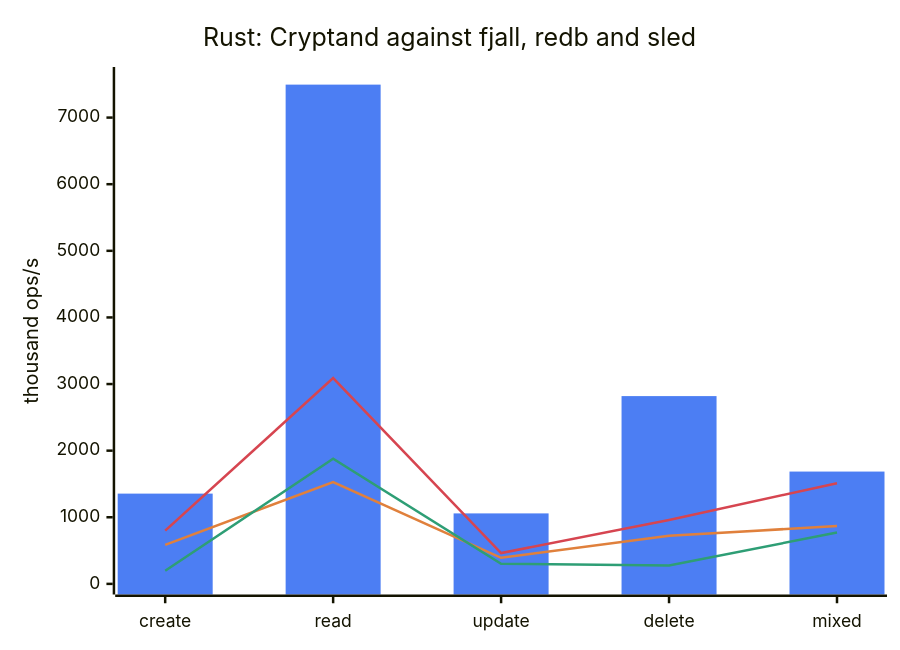
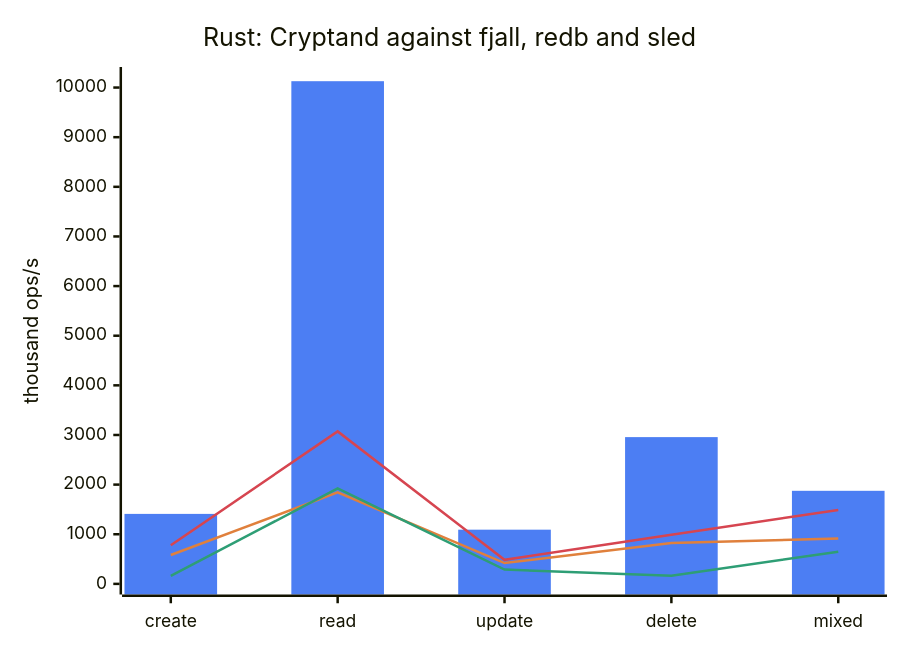
The first of 4 diagrams in reference/bench/RESULTS.md (nitrite/cryptand), drawn with Mermaid before and after one commit. The commit also changed other lines of this file and 34 other files, not shown here.

````diff
--- a/reference/bench/RESULTS.md
+++ b/reference/bench/RESULTS.md
@@ -52,11 +31,11 @@
 ```mermaid
 %%{init: {"themeVariables": {"xyChart": {"plotColorPalette": "#4C7EF3, #E0803C, #D64550, #2E9E75"}}}}%%
 xychart-beta
     title "Rust: Cryptand against fjall, redb and sled"
     x-axis ["create", "read", "update", "delete", "mixed"]
-    y-axis "thousand ops/s" 0 --> 7600
-    bar "cryptand" [1355, 7495, 1058, 2819, 1686]
-    line "fjall" [586, 1528, 391, 722, 868]
-    line "redb" [799, 3090, 462, 960, 1511]
-    line "sled" [197, 1878, 302, 276, 771]
+    y-axis "thousand ops/s" 0 --> 10200
+    bar "cryptand" [1410, 10128, 1092, 2957, 1875]
+    line "fjall" [581, 1843, 419, 824, 915]
+    line "redb" [777, 3072, 484, 989, 1489]
+    line "sled" [161, 1923, 289, 166, 646]
 ```
````
